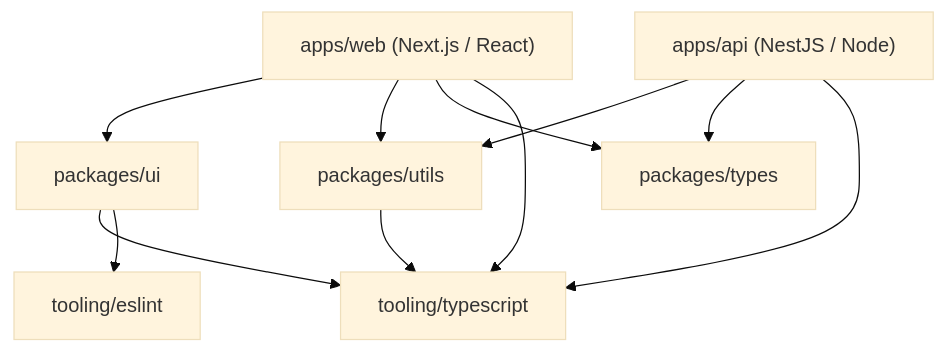
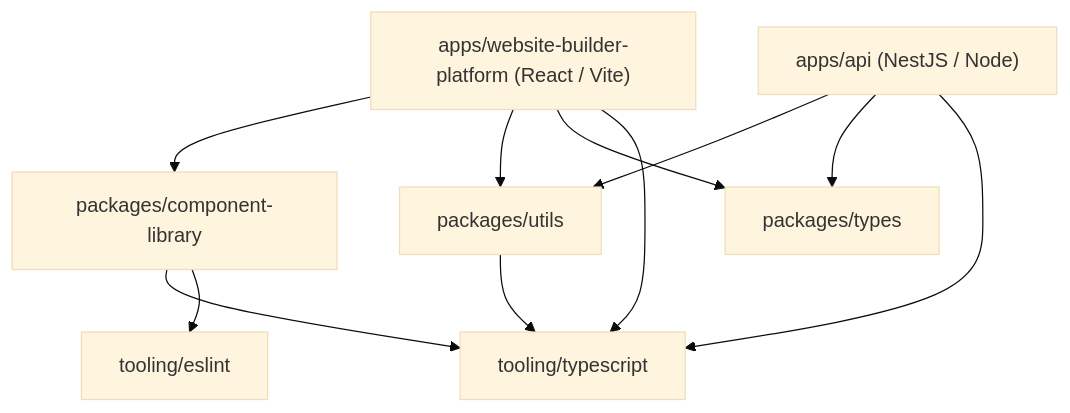
Before and after one commit to jasim-sct/web-builder-platform: the diagram in docs/architecture.md, drawn with Mermaid (base theme). The commit also changed 60 other files, not shown here.

Commit message:
refactor: rename apps/web to apps/website-builder-platform and remove obsolete .gitkeep file

````diff
--- a/docs/architecture.md
+++ b/docs/architecture.md
@@ -19,14 +19,14 @@
 ```mermaid
 graph TD
-    AppsWeb["apps/web (Next.js / React)"] --> PackagesUI["packages/ui"]
+    AppsWeb["apps/website-builder-platform (React / Vite)"] --> PackagesUI["packages/component-library"]
     AppsWeb --> PackagesUtils["packages/utils"]
     AppsAPI["apps/api (NestJS / Node)"] --> PackagesUtils["packages/utils"]
     AppsAPI --> PackagesTypes["packages/types"]
     AppsWeb --> PackagesTypes["packages/types"]
 
     PackagesUI --> ToolingTS["tooling/typescript"]
     PackagesUI --> ToolingESLint["tooling/eslint"]
     PackagesUtils --> ToolingTS
     AppsWeb --> ToolingTS
     AppsAPI --> ToolingTS
 ```
````
